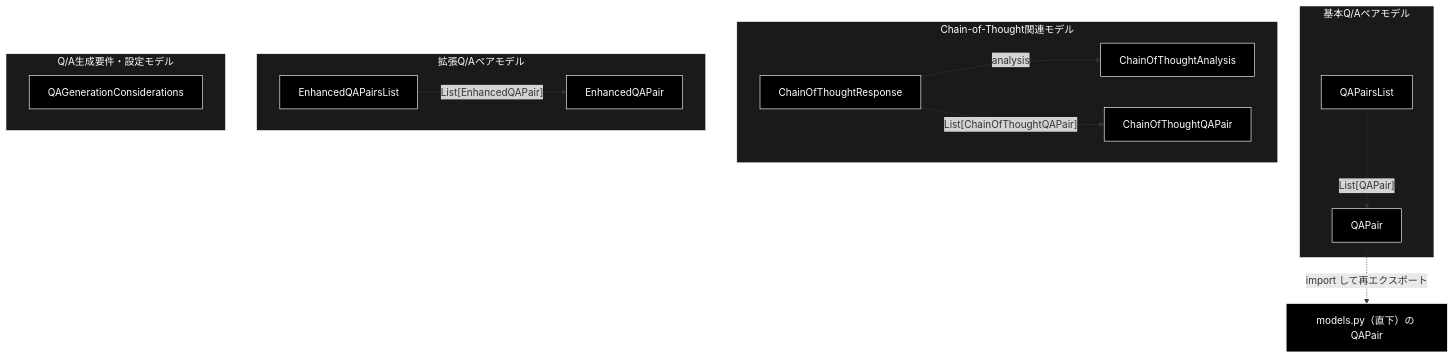
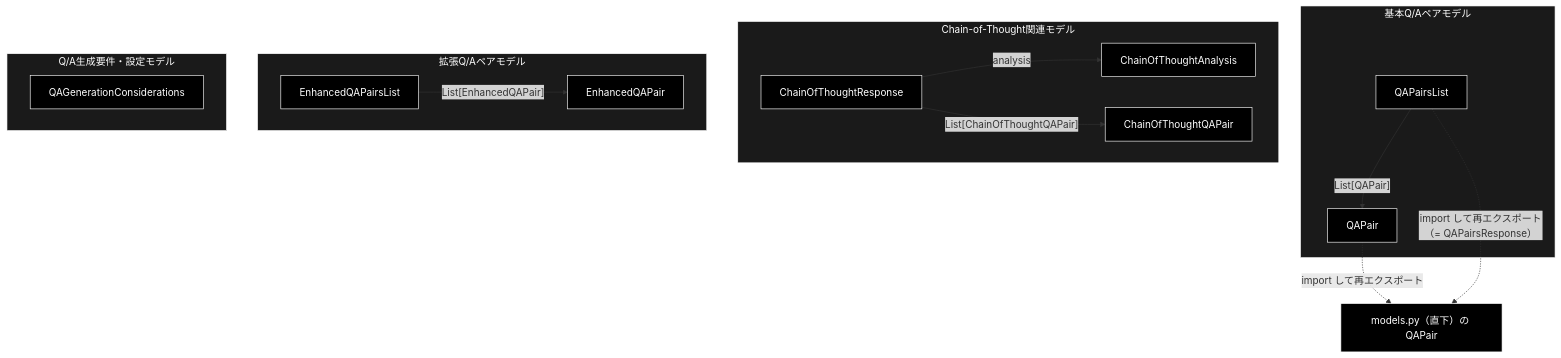
The second of 2 diagrams in qa_generation/docs/models.md (nakashima2toshio/grace_v2), drawn with Mermaid before and after one commit. The commit also changed other lines of this file and 6 other files, not shown here.

First line of the commit message:
refactor(qa_generation): QAPairsList を直下 models.py の定義へ一本化する

````diff
--- a/qa_generation/docs/models.md
+++ b/qa_generation/docs/models.md
@@ -97,32 +97,33 @@
 ```mermaid
 flowchart TB
     subgraph Basic["基本Q/Aペアモデル"]
         QAPair["QAPair"]
         QAPairsList["QAPairsList"]
     end
     subgraph CoT["Chain-of-Thought関連モデル"]
         Analysis["ChainOfThoughtAnalysis"]
         CoTPair["ChainOfThoughtQAPair"]
         CoTResp["ChainOfThoughtResponse"]
     end
     subgraph Enh["拡張Q/Aペアモデル"]
         EPair["EnhancedQAPair"]
         EList["EnhancedQAPairsList"]
     end
     subgraph Cfg["Q/A生成要件・設定モデル"]
         Consider["QAGenerationConsiderations"]
     end
     Root["models.py（直下）の QAPair"]
     QAPair -.->|"import して再エクスポート"| Root
     QAPairsList -->|"List[QAPair]"| QAPair
+    QAPairsList -.->|"import して再エクスポート（= QAPairsResponse）"| Root
     CoTResp -->|"analysis"| Analysis
     CoTResp -->|"List[ChainOfThoughtQAPair]"| CoTPair
     EList -->|"List[EnhancedQAPair]"| EPair
 classDef default fill:#000,stroke:#fff,color:#fff
 classDef subgraphStyle fill:#1a1a1a,stroke:#fff,color:#fff
 class QAPair,QAPairsList,Analysis,CoTPair,CoTResp,EPair,EList,Consider,Root default
 style Basic fill:#1a1a1a,stroke:#fff,color:#fff
 style CoT fill:#1a1a1a,stroke:#fff,color:#fff
 style Enh fill:#1a1a1a,stroke:#fff,color:#fff
 style Cfg fill:#1a1a1a,stroke:#fff,color:#fff
 ```
````
